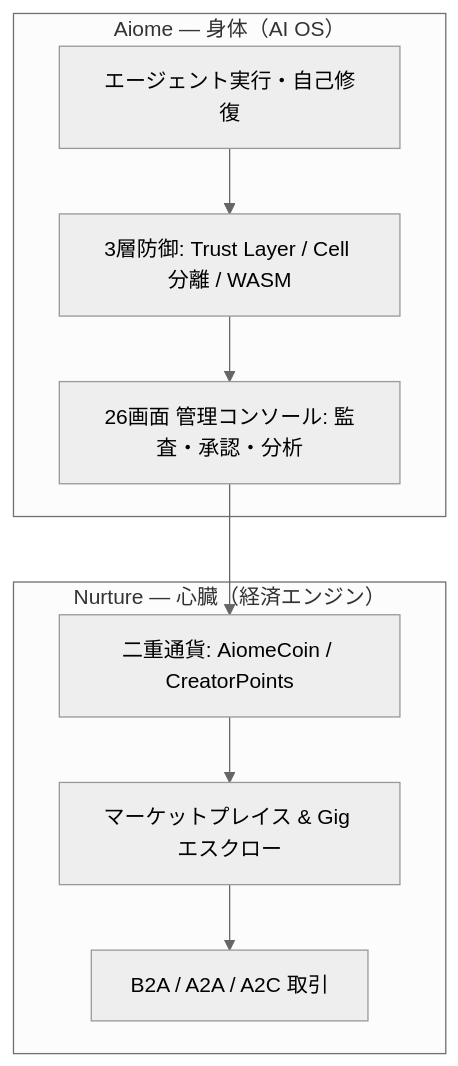
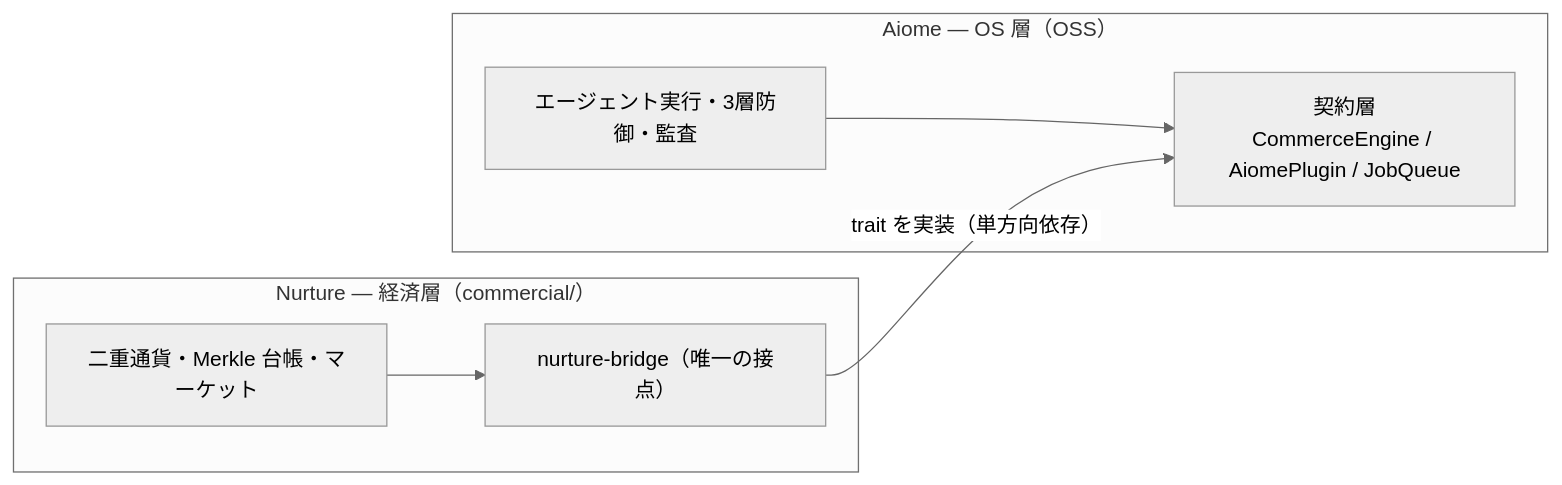
One commit to for4xex-droid/modular-open-claw changed the diagram in README.md. Above: the diagram before and after it, drawn with Mermaid (neutral theme). The commit also changed other lines of this file and 43 other files, not shown here.

First line of the commit message:
feat(synergy): wire Aiome×Nurture integration and refresh synergy PR

````diff
--- a/README.md
+++ b/README.md
@@ -109,12 +109,10 @@
 ```mermaid
-graph TB
-    subgraph "Aiome — 身体（AI OS）"
-        A[エージェント実行・自己修復] --> B[3層防御: Trust Layer / Cell 分離 / WASM]
-        B --> C[26画面 管理コンソール: 監査・承認・分析]
+graph LR
+    subgraph OSS["Aiome — OS 層（OSS）"]
+        OS["エージェント実行・3層防御・監査"] --> CT["契約層<br/>CommerceEngine / AiomePlugin / JobQueue"]
     end
-    subgraph "Nurture — 心臓（経済エンジン）"
-        D[二重通貨: AiomeCoin / CreatorPoints] --> E[マーケットプレイス & Gig エスクロー]
-        E --> F[B2A / A2A / A2C 取引]
+    subgraph COM["Nurture — 経済層（commercial/）"]
+        EC["二重通貨・Merkle 台帳・マーケット"] --> NB["nurture-bridge（唯一の接点）"]
     end
-    C --> D
+    NB -- "trait を実装（単方向依存）" --> CT
 ```
````
